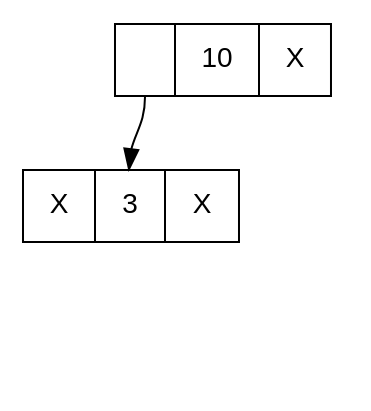
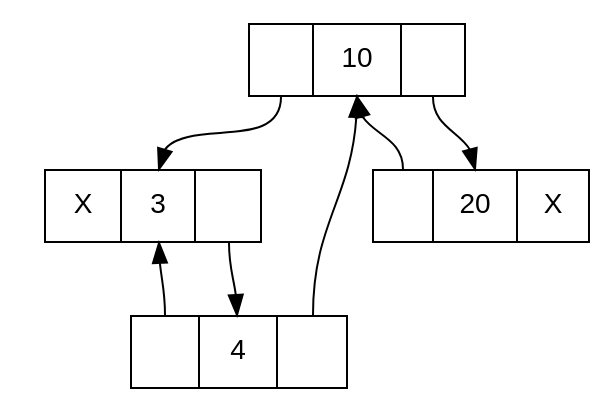
Before and after one commit to radwanCS/Data-Structure-Visualization-with-Graphviz: the diagram in diagram.dot, drawn with Graphviz. The commit also changed 9 other files, not shown here.

```diff
--- a/diagram.dot
+++ b/diagram.dot
@@ -1,12 +1,18 @@
 digraph LTBT{
 	node [fontname="Arial", shape=record, height=0.5, width=1.5];
-	10 [label="<left> |<data> 10 |<right> X"];
-	3 [label="<left> X|<data> 3 |<right> X"];
+	10 [label="<left> |<data> 10 |<right> "];
+	3 [label="<left> X|<data> 3 |<right> "];
+	20 [label="<left> |<data> 20 |<right> X"];
+	4 [label="<left> |<data> 4 |<right> "];
+	10 [label="<left> |<data> 10 |<right> "];
+	NULL1 [shape=point style=invis];
+	3:left -> NULL1 [style=invis];
+	3:right -> 4:data;
+	4:left -> 3:data;
+	4:right -> 10:data;
 	10:left -> 3:data;
-	NULL1 [shape=point style=invis];
-	10:right -> NULL1 [style=invis];
+	10:right -> 20:data;
+	20:left -> 10:data;
 	NULL2 [shape=point style=invis];
-	3:left -> NULL2 [style=invis];
-	NULL3 [shape=point style=invis];
-	3:right -> NULL3 [style=invis];
+	20:right -> NULL2 [style=invis];
 }
```
